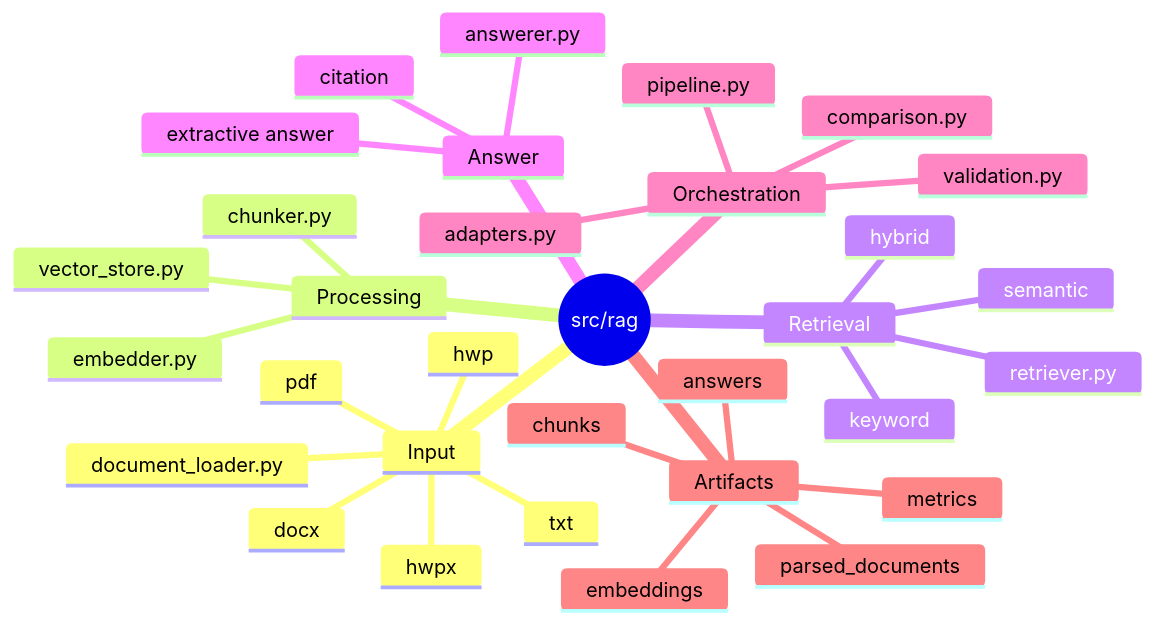
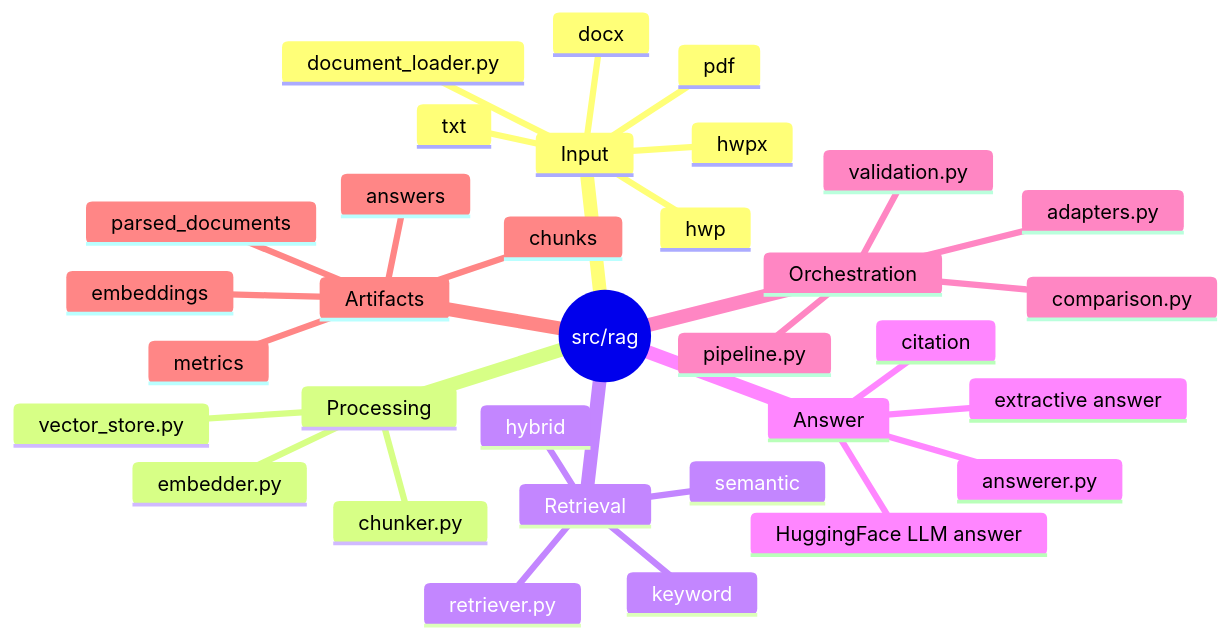
Before and after one commit to Codeit-Part3-6Team/Codeit-Part3-6Team-Project: the diagram in src/rag/README.md, drawn with Mermaid. The commit also changed other lines of this file and 8 other files, not shown here.

Commit message:
[feat] HuggingFace RAG 답변 생성기 추가

````diff
--- a/src/rag/README.md
+++ b/src/rag/README.md
@@ -7,35 +7,36 @@
 ```mermaid
 mindmap
   root((src/rag))
     Input
       document_loader.py
       txt
       pdf
       docx
       hwpx
       hwp
     Processing
       chunker.py
       embedder.py
       vector_store.py
     Retrieval
       retriever.py
       keyword
       semantic
       hybrid
     Answer
       answerer.py
       citation
       extractive answer
+      HuggingFace LLM answer
     Orchestration
       adapters.py
       pipeline.py
       validation.py
       comparison.py
     Artifacts
       parsed_documents
       chunks
       embeddings
       answers
       metrics
 ```
````
